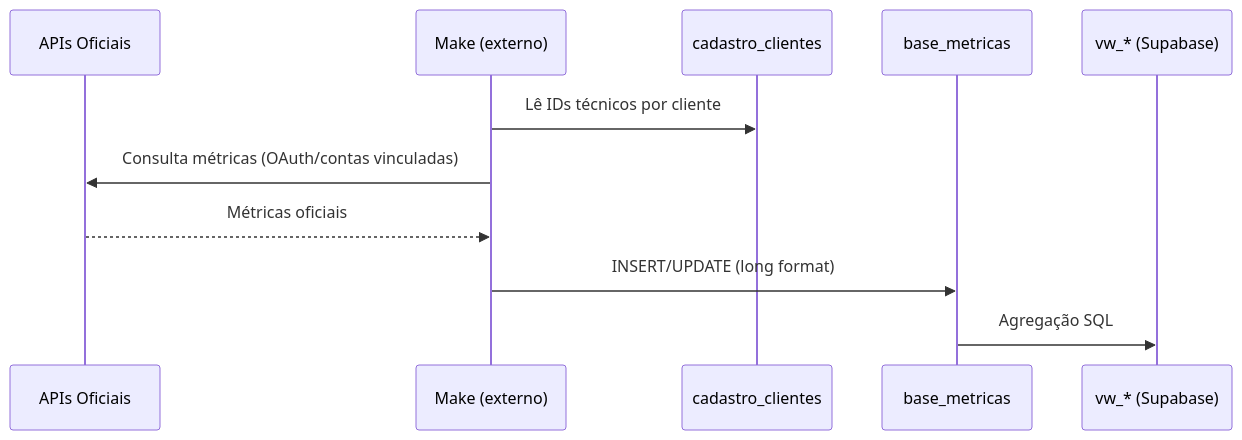
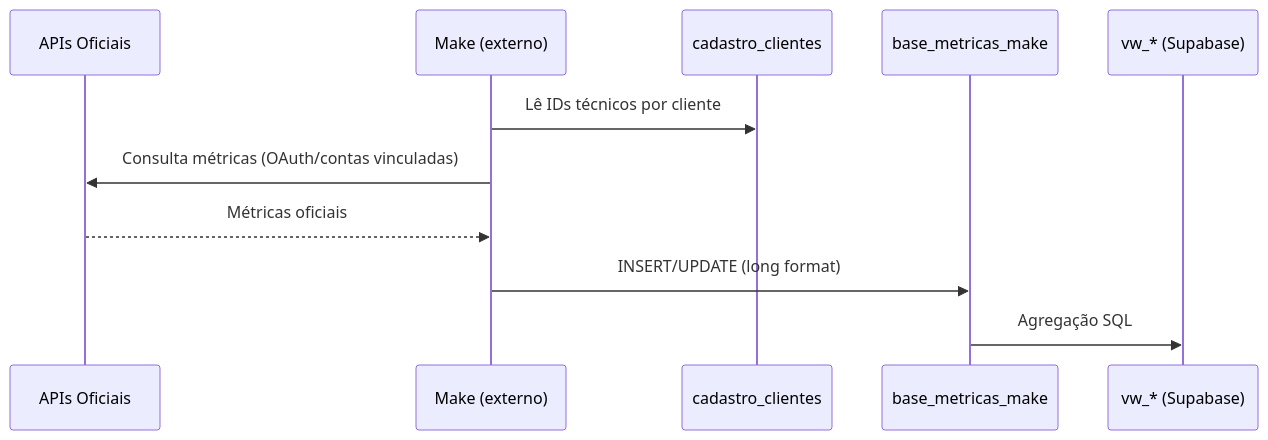
The diagram in docs/07-integrations/current-pipeline-make.md (Lots-BI/supabase-magic-portal), drawn with Mermaid before and after one commit. The commit also changed other lines of this file and 57 other files, not shown here.

````diff
--- a/docs/07-integrations/current-pipeline-make.md
+++ b/docs/07-integrations/current-pipeline-make.md
@@ -19,14 +22,14 @@
 ```mermaid
 sequenceDiagram
     participant API as APIs Oficiais
     participant Make as Make (externo)
     participant CC as cadastro_clientes
-    participant BM as base_metricas
+    participant BM as base_metricas_make
     participant Views as vw_* (Supabase)
 
     Make->>CC: Lê IDs técnicos por cliente
     Make->>API: Consulta métricas (OAuth/contas vinculadas)
     API-->>Make: Métricas oficiais
     Make->>BM: INSERT/UPDATE (long format)
     BM->>Views: Agregação SQL
 ```
````
